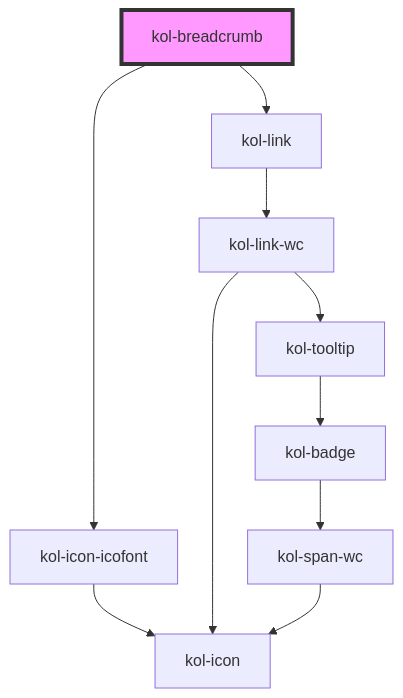
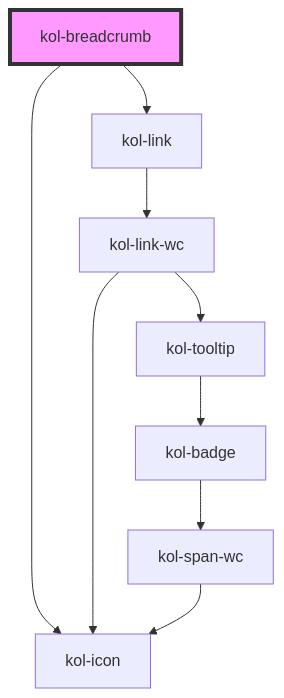
Before and after one commit to public-ui/kolibri: the diagram in packages/library/src/components/breadcrumb/readme.md, drawn with Mermaid. The commit also changed other lines of this file and 2 other files, not shown here.

Commit message:
fix: icon identifier

````diff
--- a/packages/library/src/components/breadcrumb/readme.md
+++ b/packages/library/src/components/breadcrumb/readme.md
@@ -123,13 +123,12 @@
 ```mermaid
 graph TD;
-  kol-breadcrumb --> kol-icon-icofont
+  kol-breadcrumb --> kol-icon
   kol-breadcrumb --> kol-link
-  kol-icon-icofont --> kol-icon
   kol-link --> kol-link-wc
   kol-link-wc --> kol-icon
   kol-link-wc --> kol-tooltip
   kol-tooltip --> kol-badge
   kol-badge --> kol-span-wc
   kol-span-wc --> kol-icon
   style kol-breadcrumb fill:#f9f,stroke:#333,stroke-width:4px
 ```
````
